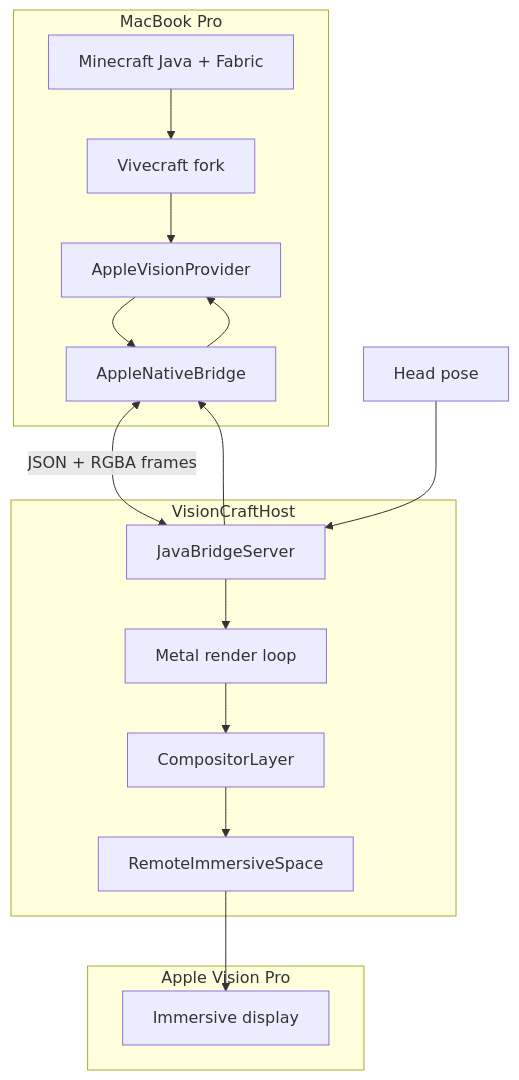
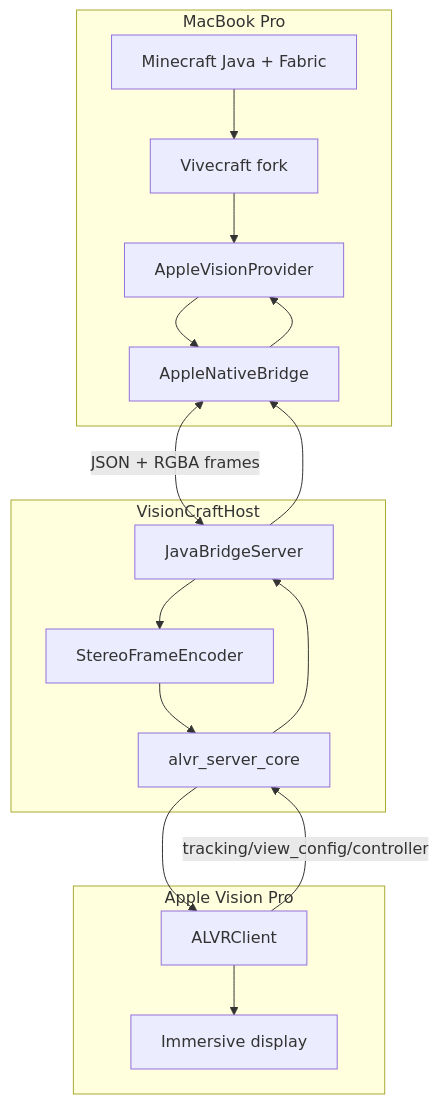
One commit to 000alen/minecraft-vision-pro changed the diagram in docs/architecture.md. Above: the diagram before and after it, drawn with Mermaid. The commit also changed other lines of this file and 70 other files, not shown here.

First line of the commit message:
Integrate ALVR beta flow and controller input

````diff
--- a/docs/architecture.md
+++ b/docs/architecture.md
@@ -21,23 +21,23 @@
 ```mermaid
 flowchart TB
   subgraph mac [MacBook Pro]
     MC[Minecraft Java + Fabric]
     VC[Vivecraft fork]
     AP[AppleVisionProvider]
     BR[AppleNativeBridge]
     MC --> VC --> AP --> BR
   end
   subgraph host [VisionCraftHost]
-    RIS[RemoteImmersiveSpace]
-    CL[CompositorLayer]
-    MT[Metal render loop]
     JS[JavaBridgeServer]
+    ENC[StereoFrameEncoder]
+    ALVR[alvr_server_core]
     BR <-->|JSON + RGBA frames| JS
-    JS --> MT --> CL --> RIS
+    JS --> ENC --> ALVR
   end
   subgraph avp [Apple Vision Pro]
+    CLIENT[ALVRClient]
     DISP[Immersive display]
-    RIS --> DISP
+    ALVR --> CLIENT --> DISP
   end
-  POSE[Head pose] --> JS --> BR --> AP
+  CLIENT -->|tracking/view_config/controller| ALVR --> JS --> BR --> AP
 ```
````
